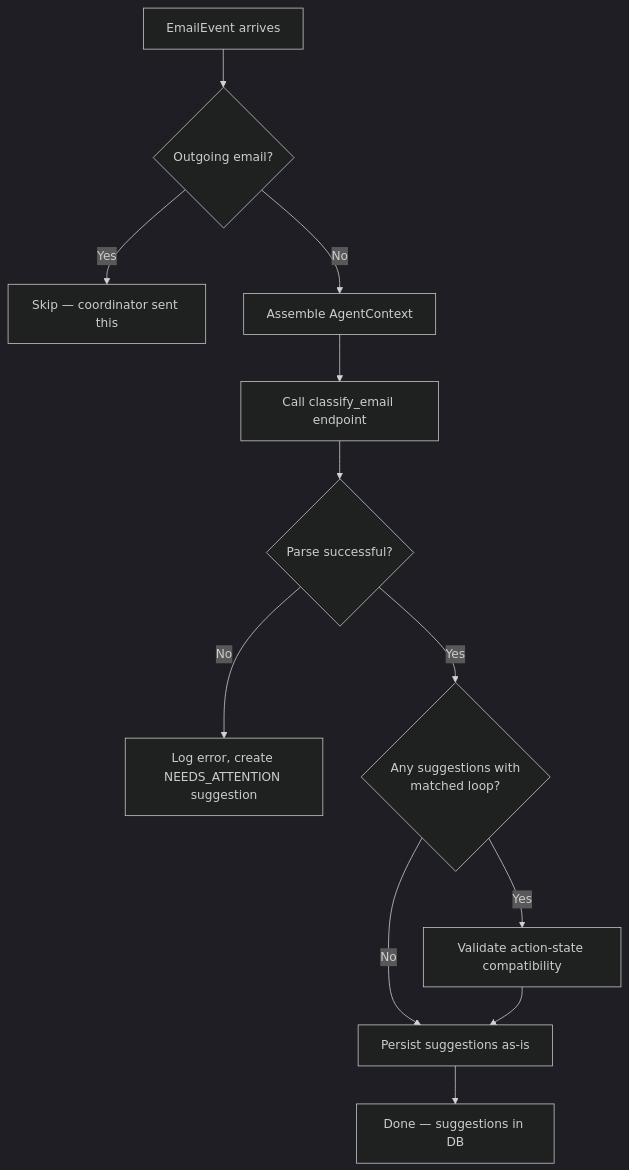
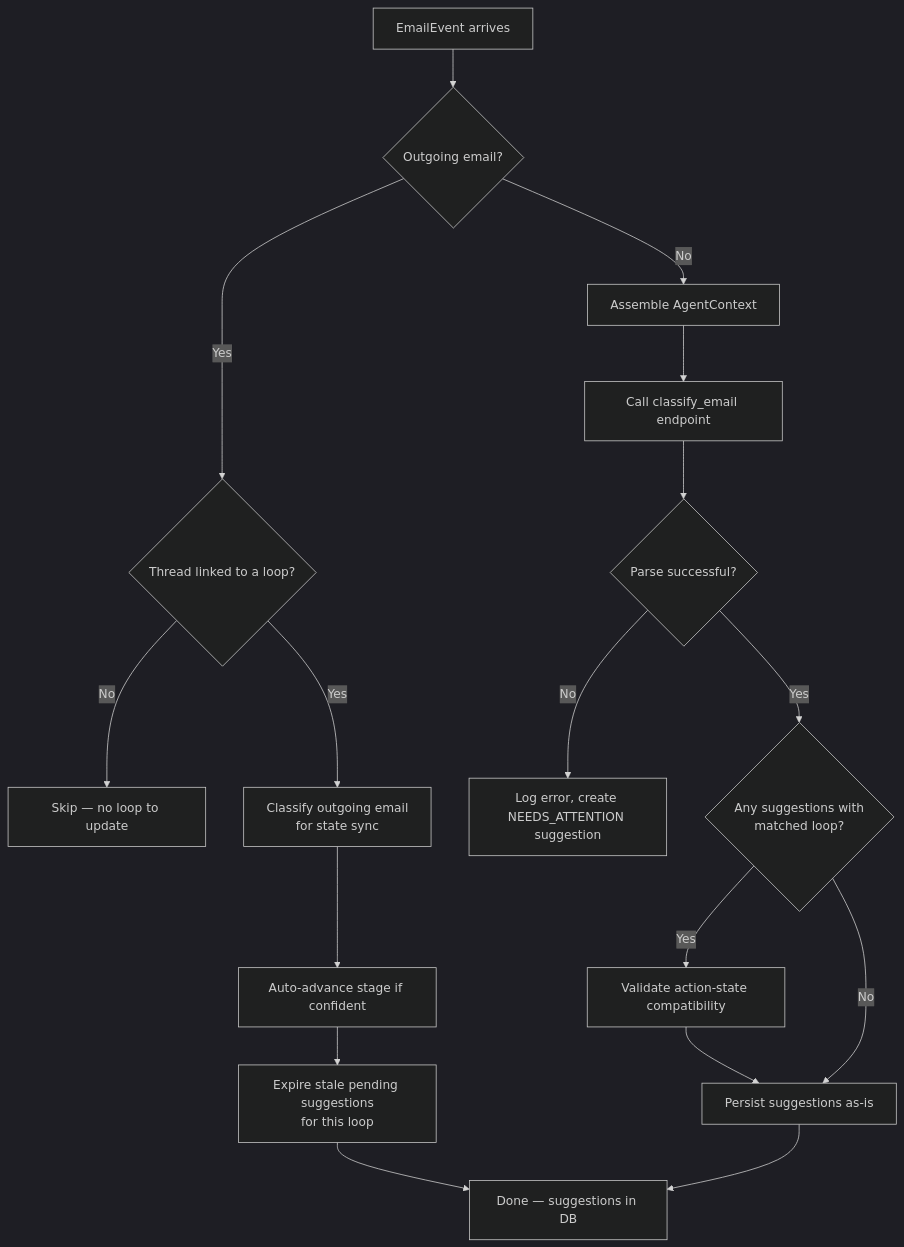
Before and after one commit to nsadeh/lrp-scheduling-agent: the second of 4 diagrams in rfcs/rfc-email-classifier.md, drawn with Mermaid (dark theme). The commit also changed other lines of this file, not shown here.

First line of the commit message:
docs(rfc): add outgoing email state sync to classifier

````diff
--- a/rfcs/rfc-email-classifier.md
+++ b/rfcs/rfc-email-classifier.md
@@ -141,14 +141,19 @@
 ```mermaid
 flowchart TD
     A[EmailEvent arrives] --> B{Outgoing email?}
-    B -->|Yes| C[Skip — coordinator sent this]
-    B -->|No| D[Assemble AgentContext]
-    D --> E[Call classify_email endpoint]
-    E --> F{Parse successful?}
-    F -->|No| G[Log error, create NEEDS_ATTENTION suggestion]
-    F -->|Yes| H{Any suggestions with<br/>matched loop?}
-    H -->|Yes| I[Validate action-state compatibility]
-    H -->|No| J[Persist suggestions as-is]
-    I --> J
-    J --> K[Done — suggestions in DB]
+    B -->|Yes| C{Thread linked to a loop?}
+    C -->|No| D[Skip — no loop to update]
+    C -->|Yes| E[Classify outgoing email<br/>for state sync]
+    E --> F[Auto-advance stage if confident]
+    B -->|No| G[Assemble AgentContext]
+    G --> H[Call classify_email endpoint]
+    H --> I{Parse successful?}
+    I -->|No| J[Log error, create NEEDS_ATTENTION suggestion]
+    I -->|Yes| K{Any suggestions with<br/>matched loop?}
+    K -->|Yes| L[Validate action-state compatibility]
+    K -->|No| M[Persist suggestions as-is]
+    L --> M
+    M --> N[Done — suggestions in DB]
+    F --> O[Expire stale pending suggestions<br/>for this loop]
+    O --> N
 ```
````
